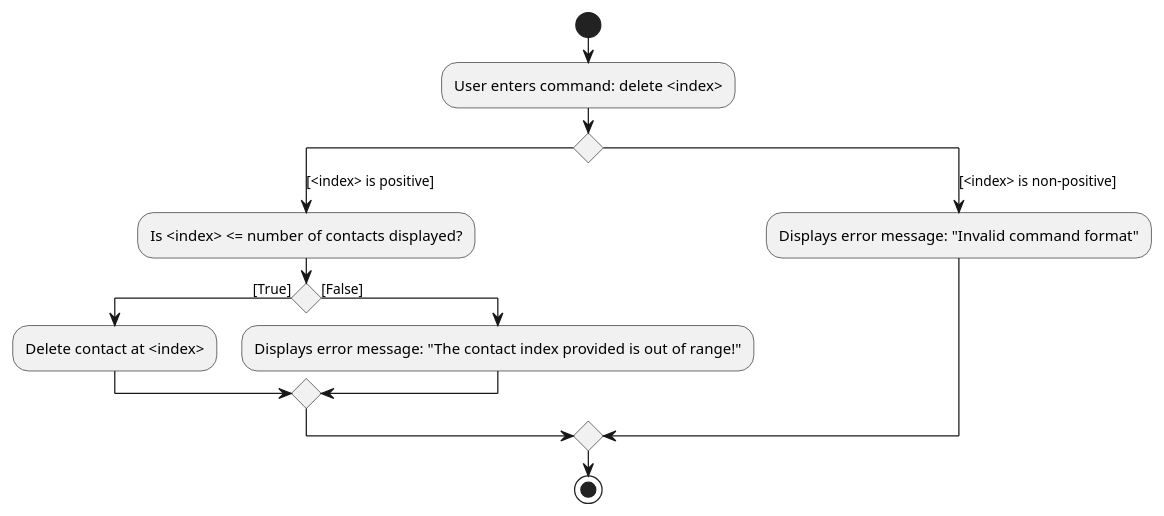
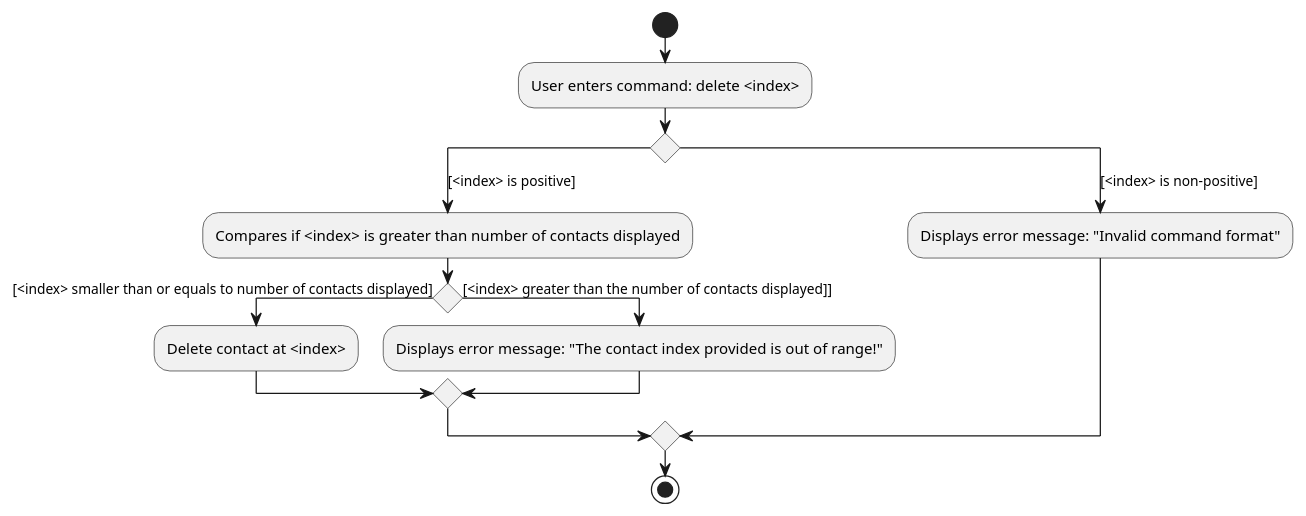
Before and after one commit to nus-cs2103-AY2122S1/tp: the diagram in docs/diagrams/DeleteActivityDiagram.puml, drawn with PlantUML.

```diff
--- a/docs/diagrams/DeleteActivityDiagram.puml
+++ b/docs/diagrams/DeleteActivityDiagram.puml
@@ -2,21 +2,21 @@
 @startuml
 'https://plantuml.com/activity-diagram-beta
 
 start
 :User enters command: delete <index>;
 switch()
 case ([<index> is positive])
-  :Is <index> <= number of contacts displayed?;
-  if () then ([True])
+  :Compares if <index> is greater than number of contacts displayed;
+  if () then ([<index> smaller than or equals to number of contacts displayed])
     :Delete contact at <index>;
-  else ([False])
+  else ([<index> greater than the number of contacts displayed]])
     :Displays error message: "The contact index provided is out of range!";
   endif
 case ([<index> is non-positive])
   :Displays error message: "Invalid command format";
 endswitch
 
 
 stop
 
 @enduml
```
